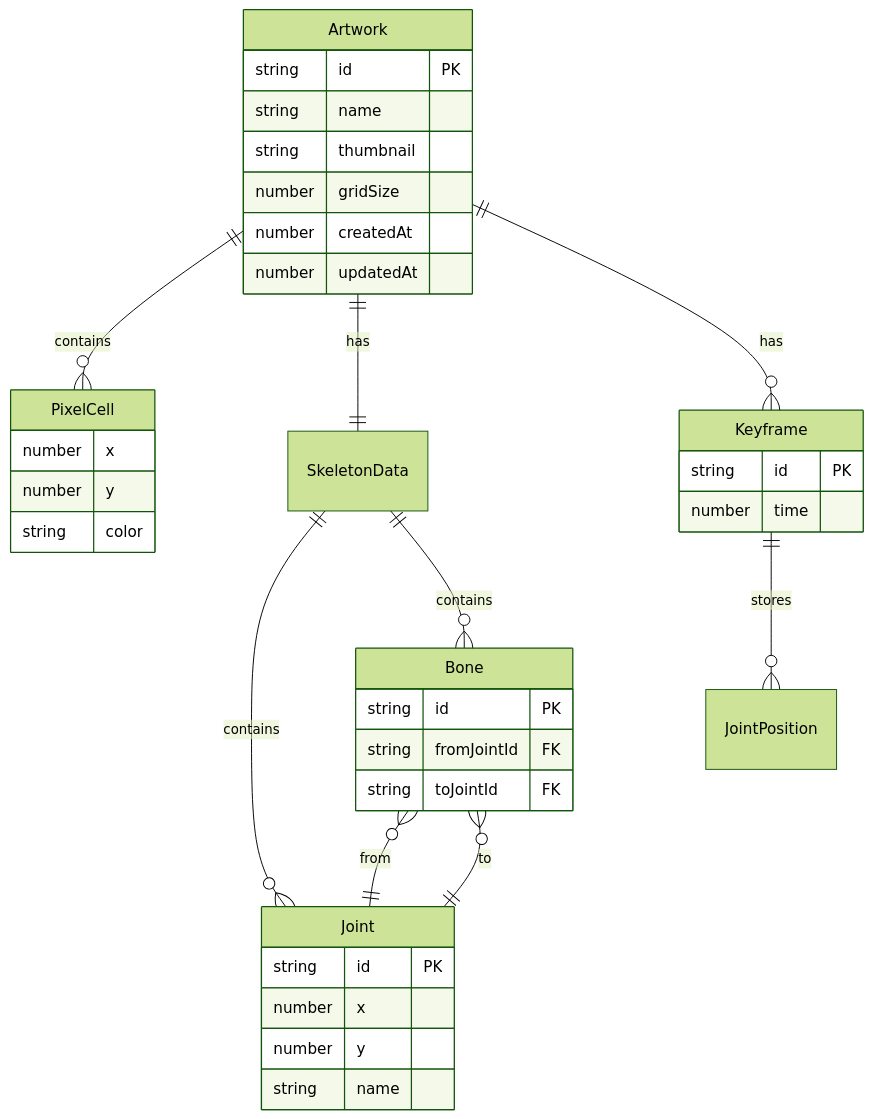
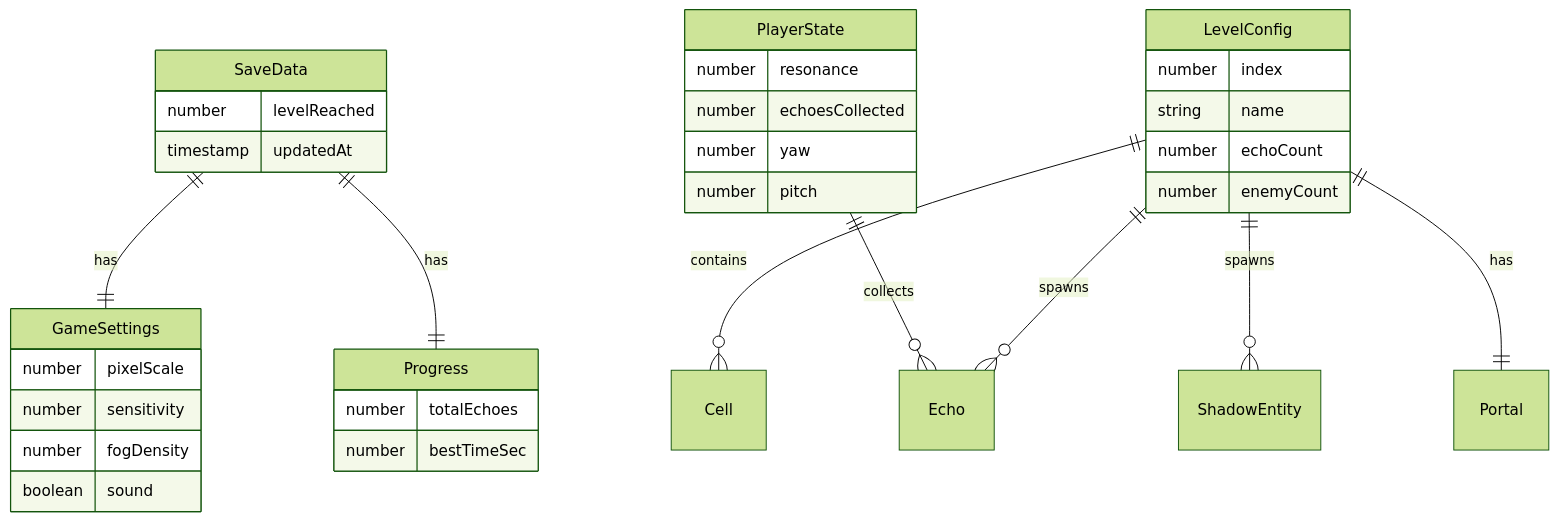
Before and after one commit to woshiabc55/AE: the second of 2 diagrams in .trae/documents/TechnicalArchitecture.md, drawn with Mermaid (forest theme). The commit also changed other lines of this file and 47 other files, not shown here.

````diff
--- a/.trae/documents/TechnicalArchitecture.md
+++ b/.trae/documents/TechnicalArchitecture.md
@@ -100,40 +95,37 @@
 ```mermaid
 erDiagram
-    Artwork ||--o{ PixelCell : contains
-    Artwork ||--|| SkeletonData : has
-    Artwork ||--o{ Keyframe : has
-    SkeletonData ||--o{ Joint : contains
-    SkeletonData ||--o{ Bone : contains
-    Bone }o--|| Joint : "from"
-    Bone }o--|| Joint : "to"
-    Keyframe ||--o{ JointPosition : stores
+    SaveData ||--|| GameSettings : has
+    SaveData ||--|| Progress : has
+    LevelConfig ||--o{ Cell : contains
+    PlayerState ||--o{ Echo : collects
+    LevelConfig ||--o{ Echo : spawns
+    LevelConfig ||--o{ ShadowEntity : spawns
+    LevelConfig ||--|| Portal : has
 
-    Artwork {
-        string id PK
+    SaveData {
+        number levelReached
+        timestamp updatedAt
+    }
+    GameSettings {
+        number pixelScale
+        number sensitivity
+        number fogDensity
+        boolean sound
+    }
+    Progress {
+        number totalEchoes
+        number bestTimeSec
+    }
+    LevelConfig {
+        number index
         string name
-        string thumbnail
-        number gridSize
-        number createdAt
-        number updatedAt
+        number echoCount
+        number enemyCount
     }
-    PixelCell {
-        number x
-        number y
-        string color
-    }
-    Joint {
-        string id PK
-        number x
-        number y
-        string name
-    }
-    Bone {
-        string id PK
-        string fromJointId FK
-        string toJointId FK
-    }
-    Keyframe {
-        string id PK
-        number time
+    PlayerState {
+        number resonance
+        number echoesCollected
+        number yaw
+        number pitch
     }
 ```
````
